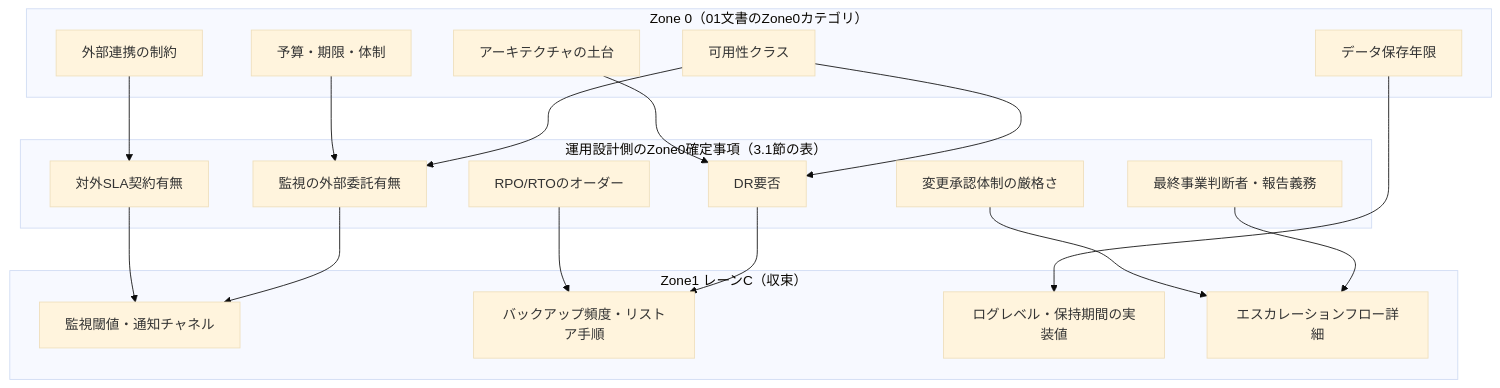
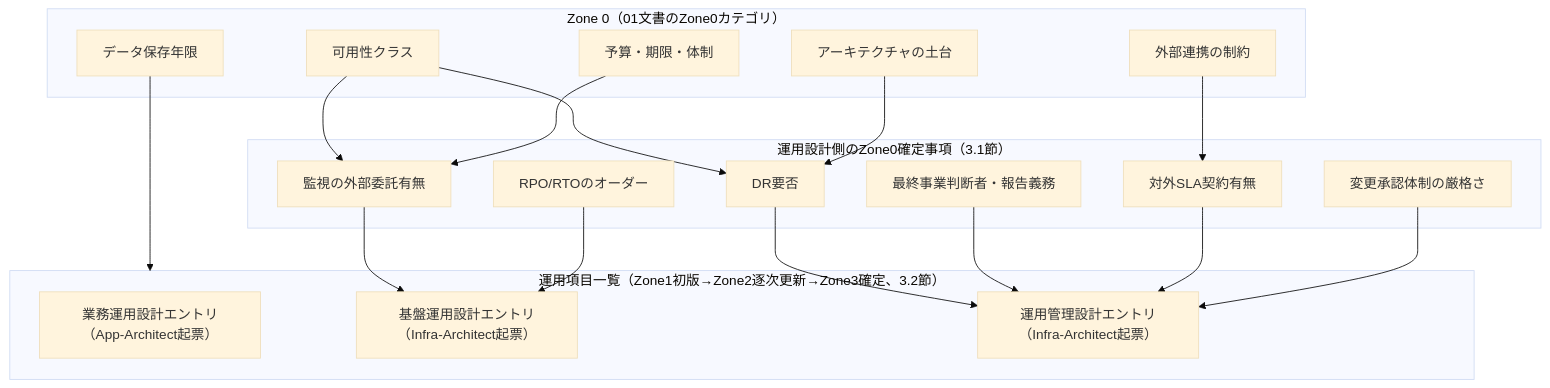
One commit to k-tanaka-522/aidev changed the first of 2 diagrams in docs/v2/04_運用設計体系定義書.md. Above: the diagram before and after it, drawn with Mermaid (base theme). The commit also changed other lines of this file and 1 other file, not shown here.

First line of the commit message:
docs: 図版規約を drawio 別紙方式に訂正（03=版数1.1）

````diff
--- a/docs/v2/04_運用設計体系定義書.md
+++ b/docs/v2/04_運用設計体系定義書.md
@@ -152,40 +162,39 @@
 ```mermaid
 flowchart TB
     subgraph Z0["Zone 0（01文書のZone0カテゴリ）"]
         AV["可用性クラス"]
         RET["データ保存年限"]
         ARCH["アーキテクチャの土台"]
         BUDGET["予算・期限・体制"]
         EXT["外部連携の制約"]
     end
 
-    subgraph OPS0["運用設計側のZone0確定事項（3.1節の表）"]
+    subgraph OPS0["運用設計側のZone0確定事項（3.1節）"]
         DR0["DR要否"]
         MON0["監視の外部委託有無"]
         RPO0["RPO/RTOのオーダー"]
         SLA0["対外SLA契約有無"]
         ESC0["最終事業判断者・報告義務"]
         CHG0["変更承認体制の厳格さ"]
     end
 
-    subgraph Z1C["Zone1 レーンC（収束）"]
-        THRESH["監視閾値・通知チャネル"]
-        BKREST["バックアップ頻度・リストア手順"]
-        LOGDEF["ログレベル・保持期間の実装値"]
-        ESCFLOW["エスカレーションフロー詳細"]
+    subgraph LEDGER["運用項目一覧（Zone1初版→Zone2逐次更新→Zone3確定、3.2節）"]
+        L1["業務運用設計エントリ（App-Architect起票）"]
+        L2["基盤運用設計エントリ（Infra-Architect起票）"]
+        L3["運用管理設計エントリ（Infra-Architect起票）"]
     end
 
     AV --> MON0
     AV --> DR0
-    RET --> LOGDEF
+    RET --> LEDGER
     ARCH --> DR0
     BUDGET --> MON0
     EXT --> SLA0
 
-    DR0 --> BKREST
-    MON0 --> THRESH
-    RPO0 --> BKREST
-    ESC0 --> ESCFLOW
-    SLA0 --> THRESH
-    CHG0 --> ESCFLOW
+    DR0 --> L3
+    MON0 --> L2
+    RPO0 --> L2
+    ESC0 --> L3
+    SLA0 --> L3
+    CHG0 --> L3
 ```
````
